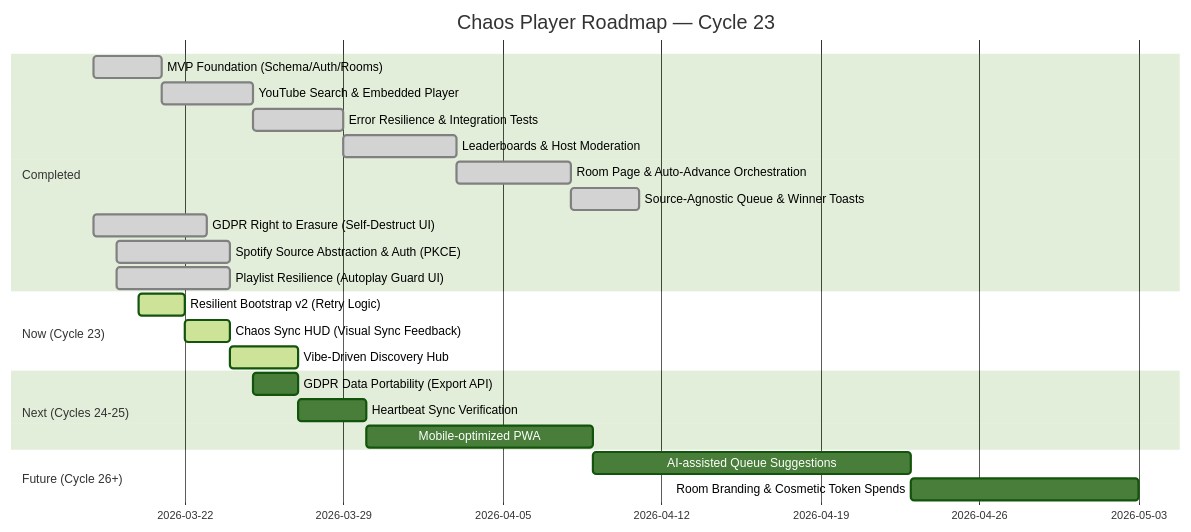
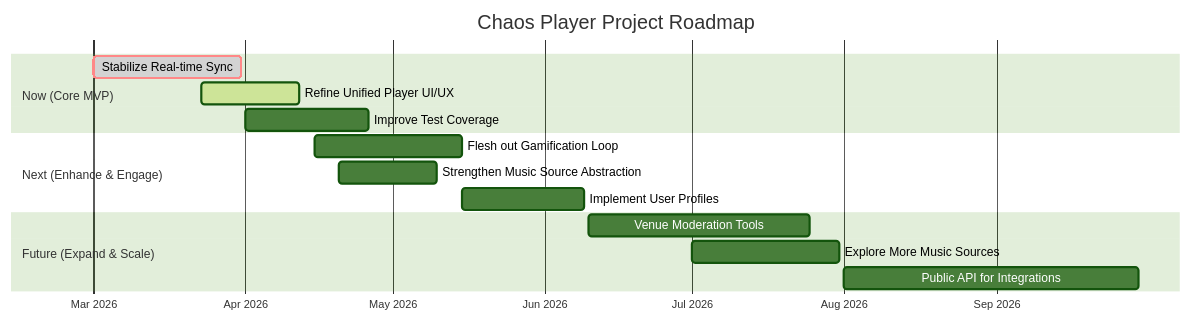
Before and after one commit to akozma89/chaos-player: the diagram in ROADMAP.md, drawn with Mermaid (forest theme). The commit also changed other lines of this file and 1 other file, not shown here.

Commit message:
docs: Revise the project roadmap and add a new Aethelgard memory database file.

````diff
--- a/ROADMAP.md
+++ b/ROADMAP.md
@@ -3,30 +3,21 @@
 ```mermaid
 gantt
-  title Chaos Player Roadmap — Cycle 23
-  dateFormat YYYY-MM-DD
+    title Chaos Player Project Roadmap
+    dateFormat  YYYY-MM-DD
+    axisFormat  %b %Y
 
-  section Completed
-    MVP Foundation (Schema/Auth/Rooms)          :done, c1, 2026-03-18, 3d
-    YouTube Search & Embedded Player            :done, c2, after c1, 4d
-    Error Resilience & Integration Tests        :done, c3, after c2, 4d
-    Leaderboards & Host Moderation              :done, c4, after c3, 5d
-    Room Page & Auto-Advance Orchestration      :done, c5, after c4, 5d
-    Source-Agnostic Queue & Winner Toasts       :done, c6, after c5, 3d
-    GDPR Right to Erasure (Self-Destruct UI)    :done, c7, 2026-03-18, 5d
-    Spotify Source Abstraction & Auth (PKCE)    :done, c18, 2026-03-19, 5d
-    Playlist Resilience (Autoplay Guard UI)     :done, c19, 2026-03-19, 5d
+    section Now (Core MVP)
+    Stabilize Real-time Sync      :crit, done, 2026-03-01, 30d
+    Refine Unified Player UI/UX   :active, 2026-03-23, 20d
+    Improve Test Coverage         : 2026-04-01, 25d
 
-  section Now (Cycle 23)
-    Resilient Bootstrap v2 (Retry Logic)        :active, c23-1, 2026-03-20, 2d
-    Chaos Sync HUD (Visual Sync Feedback)       :active, c23-2, after c23-1, 2d
-    Vibe-Driven Discovery Hub                   :active, c23-3, after c23-2, 3d
+    section Next (Enhance & Engage)
+    Flesh out Gamification Loop   : 2026-04-15, 30d
+    Strengthen Music Source Abstraction : 2026-04-20, 20d
+    Implement User Profiles       : 2026-05-15, 25d
 
-  section Next (Cycles 24-25)
-    GDPR Data Portability (Export API)          :next1, 2026-03-25, 2d
-    Heartbeat Sync Verification                 :next2, after next1, 3d
-    Mobile-optimized PWA                        :next3, after next2, 10d
-
-  section Future (Cycle 26+)
-    AI-assisted Queue Suggestions               :future1, after next3, 14d
-    Room Branding & Cosmetic Token Spends       :future2, after future1, 10d
+    section Future (Expand & Scale)
+    Venue Moderation Tools        : 2026-06-10, 45d
+    Explore More Music Sources    : 2026-07-01, 30d
+    Public API for Integrations   : 2026-08-01, 60d
 ```
````
